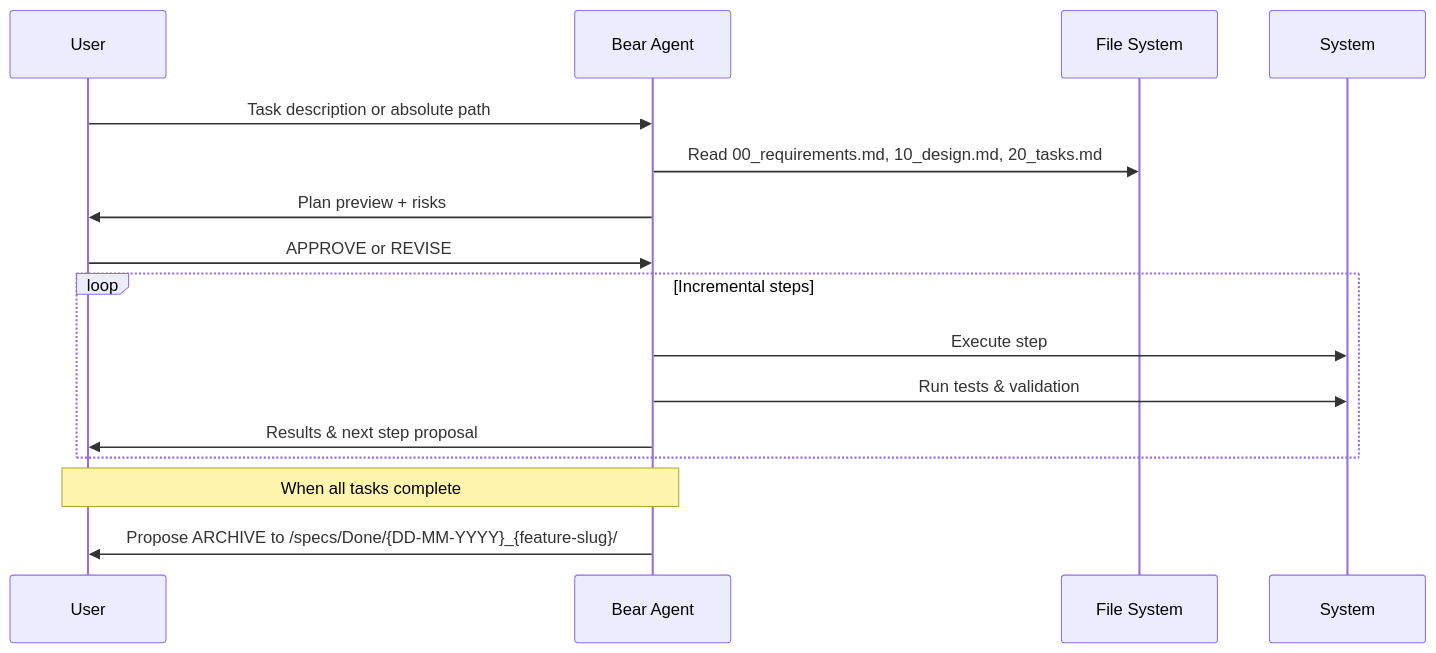
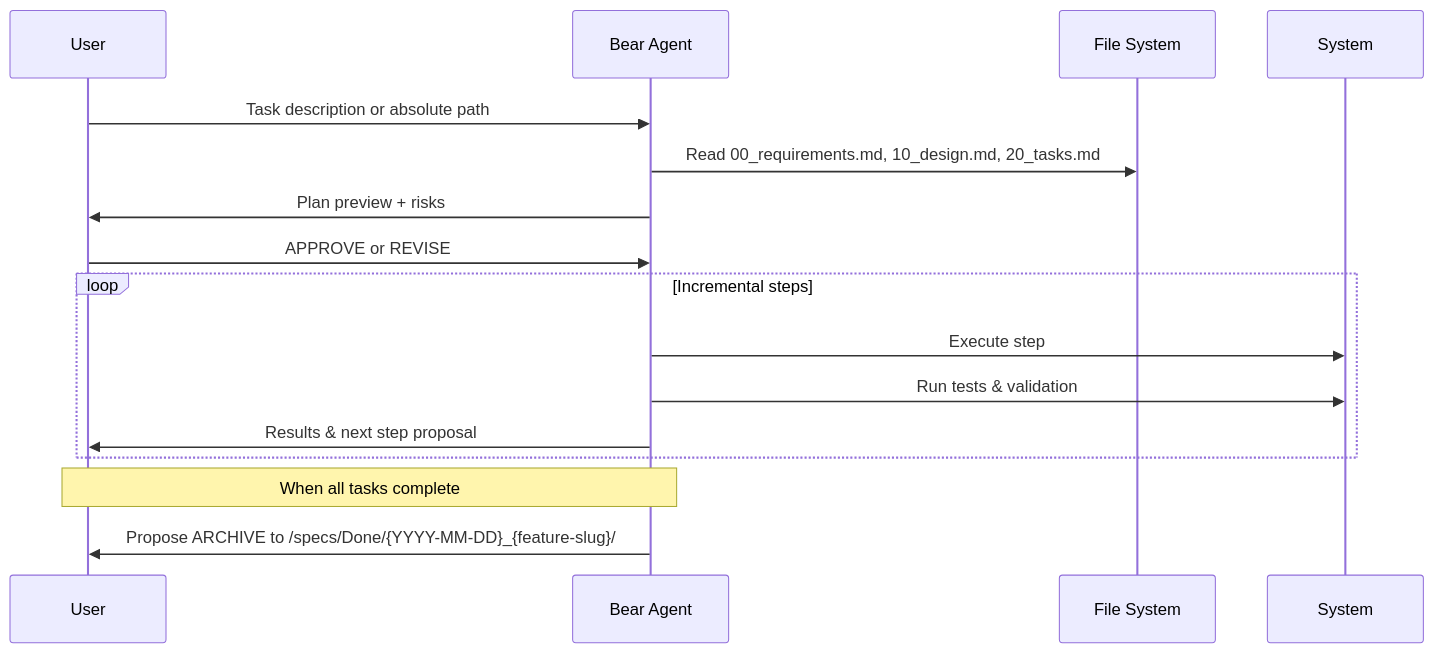
One commit to bizzkoot/Codex-CLI_Kiro-Bear-Profiles changed the second of 2 diagrams in README.md. Above: the diagram before and after it, drawn with Mermaid. The commit also changed other lines of this file and 2 other files, not shown here.

````diff
--- a/README.md
+++ b/README.md
@@ -247,19 +247,19 @@
 ```mermaid
 sequenceDiagram
     participant U as User
     participant B as Bear Agent
     participant F as File System
     participant S as System
 
     U->>B: Task description or absolute path
     B->>F: Read 00_requirements.md, 10_design.md, 20_tasks.md
     B->>U: Plan preview + risks
     U->>B: APPROVE or REVISE
     loop Incremental steps
         B->>S: Execute step
         B->>S: Run tests & validation
         B->>U: Results & next step proposal
     end
     Note over B,U: When all tasks complete
-    B->>U: Propose ARCHIVE to /specs/Done/{DD-MM-YYYY}_{feature-slug}/
+    B->>U: Propose ARCHIVE to /specs/Done/{YYYY-MM-DD}_{feature-slug}/
 ```
````
